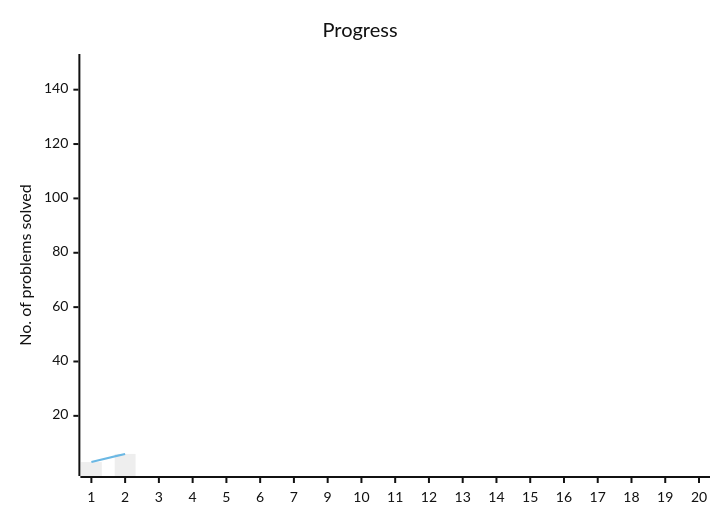
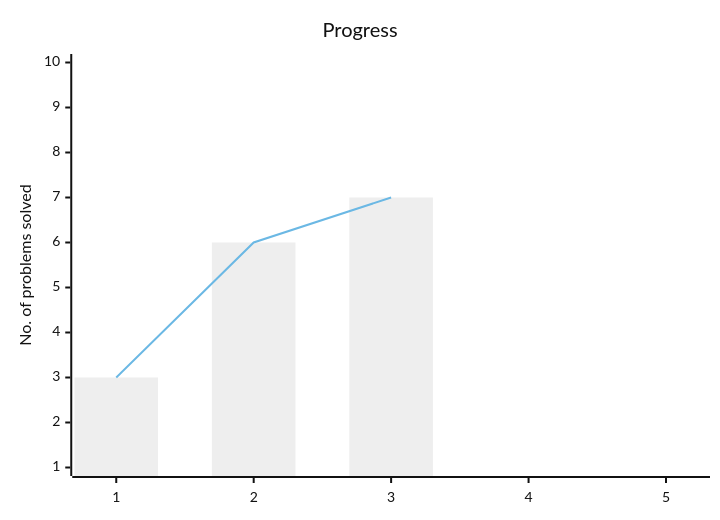
The diagram in README.md (PrathameshGandule/neetcode-150), drawn with Mermaid (neutral theme) before and after one commit. The commit also changed other lines of this file and 1 other file, not shown here.

Commit message:
problem no. 7 solved

````diff
--- a/README.md
+++ b/README.md
@@ -11,8 +12,8 @@
 ```mermaid
 xychart-beta
     title "Progress"
-    x-axis [1,2,3,4,5,6,7,9,10,11,12,13,14,15,16,17,18,19,20]
-    y-axis "No. of problems solved" 1 --> 150
-	bar [3, 6]
-    line [3, 6]
+    x-axis [1,2,3,4,5]
+    y-axis "No. of problems solved" 1 --> 10
+	bar [3, 6, 7]
+    line [3, 6, 7]
 ```
````
